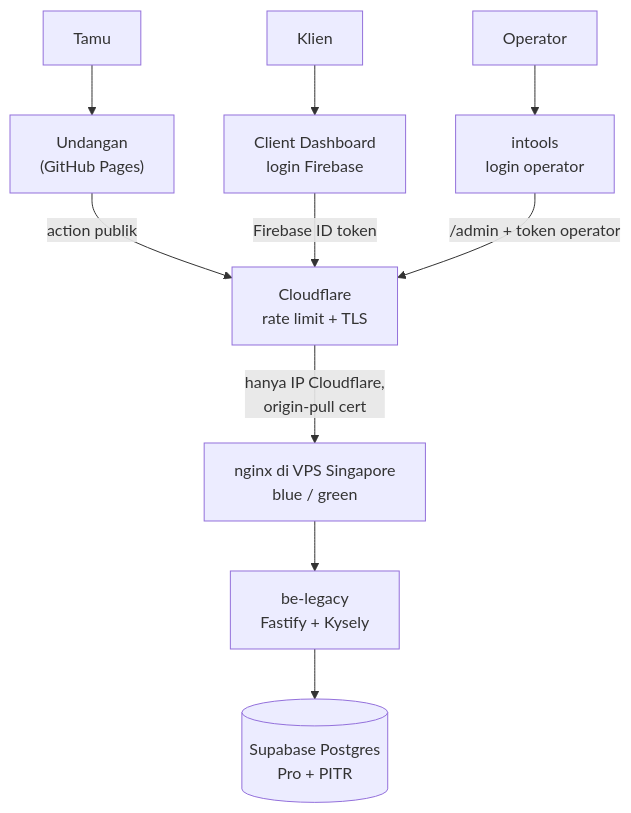
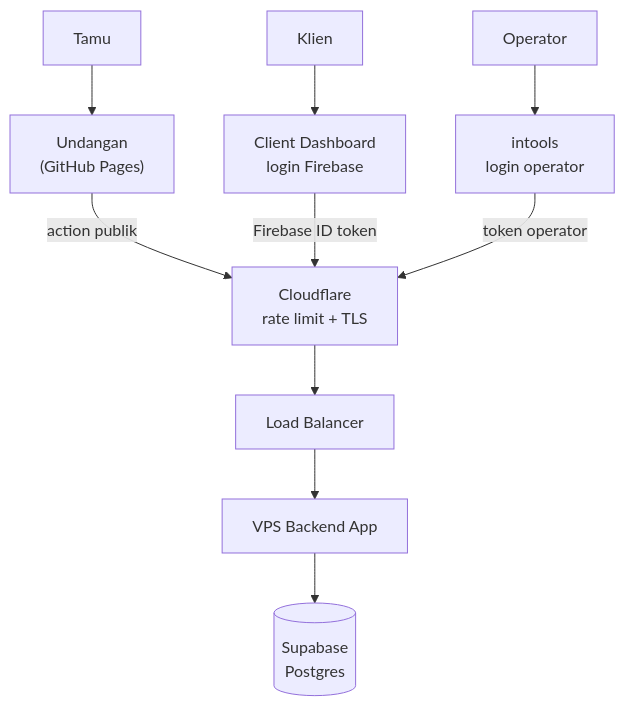
The second of 2 diagrams in content/posts/invitato-backend-dari-google-sheet-ke-postgres.mdx (idindrakusuma/idindrakusuma.github.io), drawn with Mermaid before and after one commit. The commit also changed other lines of this file and 3 other files, not shown here.

First line of the commit message:
Invitato post: dashboard thumbnail, simpler flow, Telegram alerts

````diff
--- a/content/posts/invitato-backend-dari-google-sheet-ke-postgres.mdx
+++ b/content/posts/invitato-backend-dari-google-sheet-ke-postgres.mdx
@@ -51,12 +51,12 @@
 ```mermaid
 flowchart TB
   Tamu --> Undangan["Undangan<br/>(GitHub Pages)"]
   Klien --> Dashboard["Client Dashboard<br/>login Firebase"]
   Operator --> Intools["intools<br/>login operator"]
   Undangan -- "action publik" --> CF["Cloudflare<br/>rate limit + TLS"]
   Dashboard -- "Firebase ID token" --> CF
-  Intools -- "/admin + token operator" --> CF
-  CF -- "hanya IP Cloudflare,<br/>origin-pull cert" --> Nginx["nginx di VPS Singapore<br/>blue / green"]
-  Nginx --> API["be-legacy<br/>Fastify + Kysely"]
-  API --> DB[("Supabase Postgres<br/>Pro + PITR")]
+  Intools -- "token operator" --> CF
+  CF --> LB[Load Balancer]
+  LB --> API[VPS Backend App]
+  API --> DB[("Supabase<br/>Postgres")]
 ```
````
